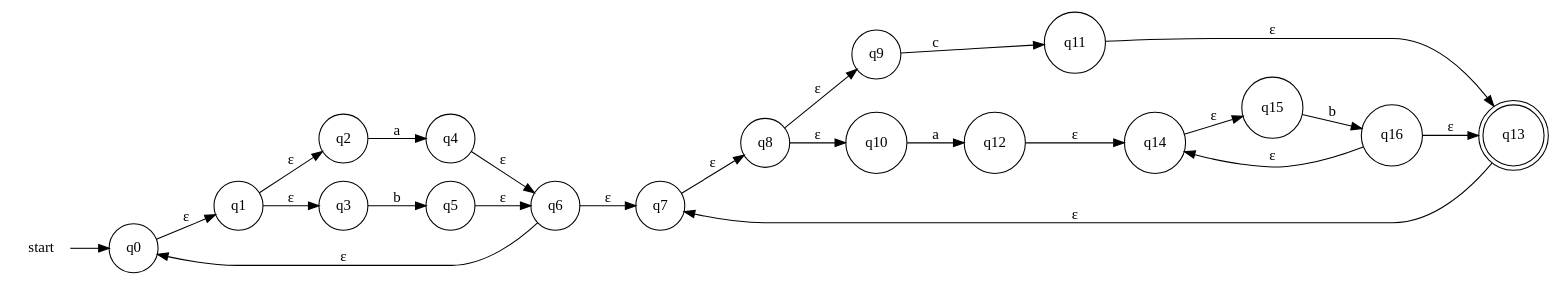
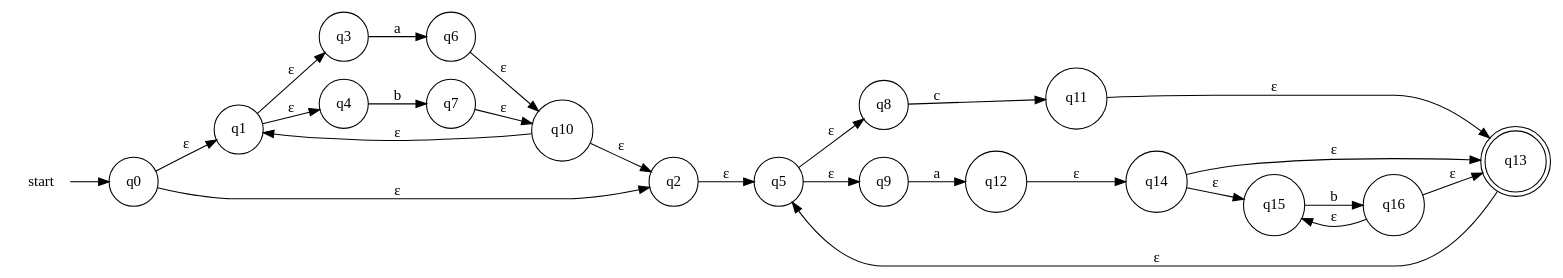
The diagram in Lab 1/sample/output.dot (MintuJupally/CDLab_2022), drawn with Graphviz before and after one commit. The commit also changed 3 other files, not shown here.

```diff
--- a/Lab 1/sample/output.dot
+++ b/Lab 1/sample/output.dot
@@ -1,31 +1,34 @@
 digraph G {
 	rankdir="LR";
     node [shape="circle"];
 	start [shape="plaintext"];
 
 	start->q0;
 	q0 -> q1 [ label=" &epsilon; " ];
-	q1 -> q2 [ label=" &epsilon; " ];
+	q0 -> q2 [ label=" &epsilon; " ];
 	q1 -> q3 [ label=" &epsilon; " ];
-	q2 -> q4 [ label=" a " ];
-	q3 -> q5 [ label=" b " ];
-	q4 -> q6 [ label=" &epsilon; " ];
-	q5 -> q6 [ label=" &epsilon; " ];
-	q6 -> q0 [ label=" &epsilon; " ];
-	q6 -> q7 [ label=" &epsilon; " ];
-	q7 -> q8 [ label=" &epsilon; " ];
-	q8 -> q9 [ label=" &epsilon; " ];
-	q8 -> q10 [ label=" &epsilon; " ];
-	q9 -> q11 [ label=" c " ];
-	q10 -> q12 [ label=" a " ];
+	q1 -> q4 [ label=" &epsilon; " ];
+	q2 -> q5 [ label=" &epsilon; " ];
+	q3 -> q6 [ label=" a " ];
+	q4 -> q7 [ label=" b " ];
+	q5 -> q8 [ label=" &epsilon; " ];
+	q5 -> q9 [ label=" &epsilon; " ];
+	q6 -> q10 [ label=" &epsilon; " ];
+	q7 -> q10 [ label=" &epsilon; " ];
+	q8 -> q11 [ label=" c " ];
+	q9 -> q12 [ label=" a " ];
+	q10 -> q1 [ label=" &epsilon; " ];
+	q10 -> q2 [ label=" &epsilon; " ];
 	q13 [shape=doublecircle];
 	q11 -> q13 [ label=" &epsilon; " ];
 	q12 -> q14 [ label=" &epsilon; " ];
 	q13 [shape=doublecircle];
-	q13 -> q7 [ label=" &epsilon; " ];
+	q13 -> q5 [ label=" &epsilon; " ];
 	q14 -> q15 [ label=" &epsilon; " ];
+	q13 [shape=doublecircle];
+	q14 -> q13 [ label=" &epsilon; " ];
 	q15 -> q16 [ label=" b " ];
-	q16 -> q14 [ label=" &epsilon; " ];
+	q16 -> q15 [ label=" &epsilon; " ];
 	q13 [shape=doublecircle];
 	q16 -> q13 [ label=" &epsilon; " ];
 }
```
